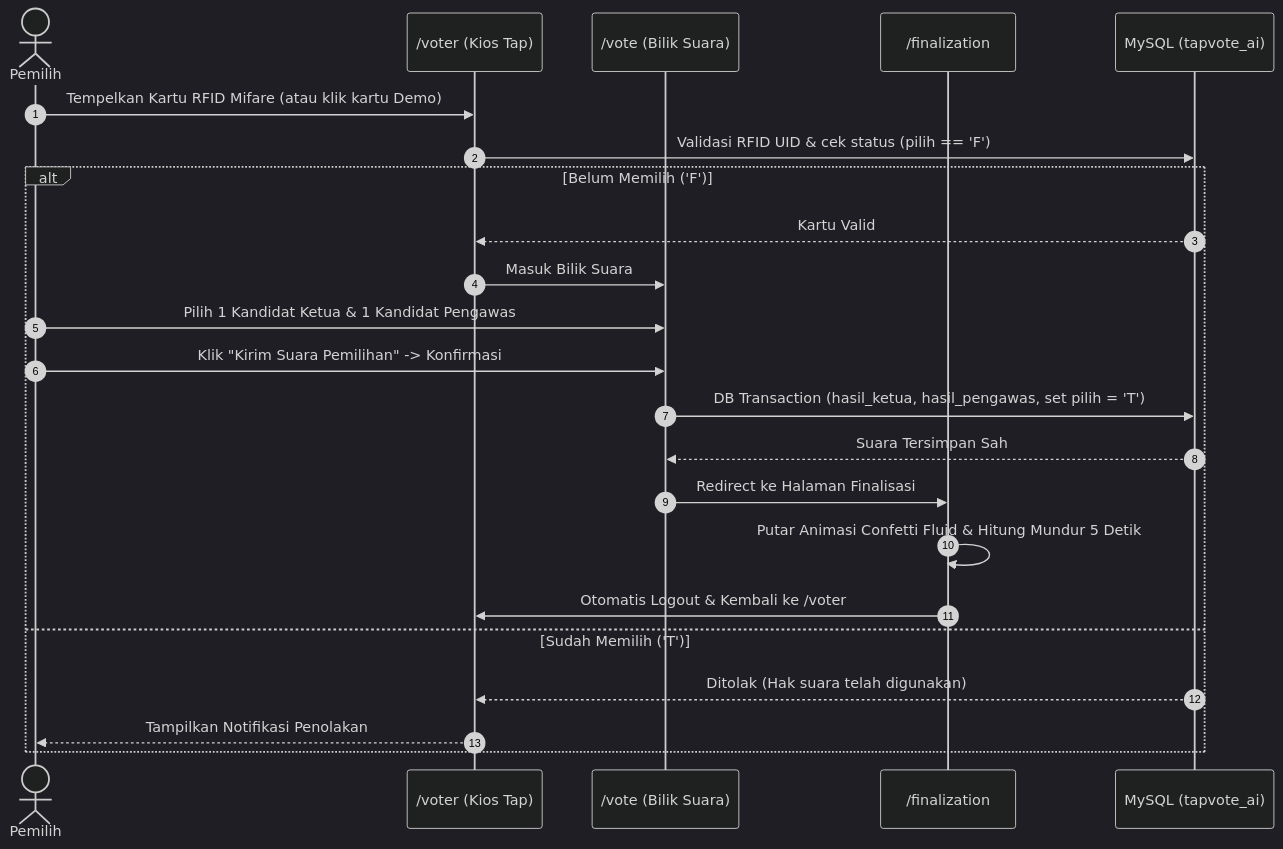
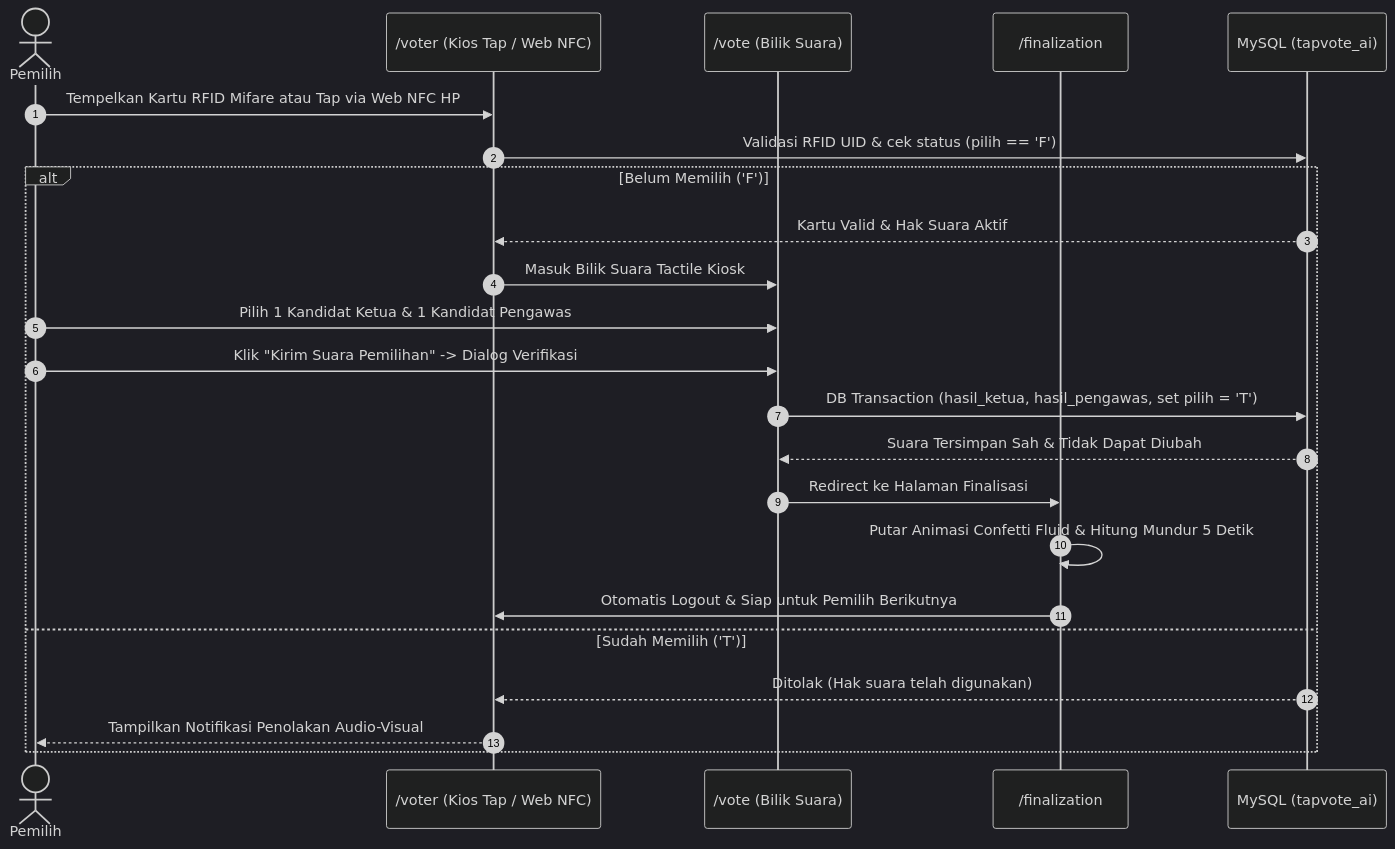
One commit to RifkyA911/TapVote-AI changed the diagram in DOCS_USER_GUIDE.md. Above: the diagram before and after it, drawn with Mermaid (dark theme). The commit also changed other lines of this file and 7 other files, not shown here.

````diff
--- a/DOCS_USER_GUIDE.md
+++ b/DOCS_USER_GUIDE.md
@@ -18,26 +21,26 @@
 ```mermaid
 sequenceDiagram
     autonumber
     actor V as Pemilih
-    participant K as /voter (Kios Tap)
+    participant K as /voter (Kios Tap / Web NFC)
     participant B as /vote (Bilik Suara)
     participant F as /finalization
     participant DB as MySQL (tapvote_ai)
 
-    V->>K: Tempelkan Kartu RFID Mifare (atau klik kartu Demo)
+    V->>K: Tempelkan Kartu RFID Mifare atau Tap via Web NFC HP
     K->>DB: Validasi RFID UID & cek status (pilih == 'F')
     alt Belum Memilih ('F')
-        DB-->>K: Kartu Valid
-        K->>B: Masuk Bilik Suara
+        DB-->>K: Kartu Valid & Hak Suara Aktif
+        K->>B: Masuk Bilik Suara Tactile Kiosk
         V->>B: Pilih 1 Kandidat Ketua & 1 Kandidat Pengawas
-        V->>B: Klik "Kirim Suara Pemilihan" -> Konfirmasi
+        V->>B: Klik "Kirim Suara Pemilihan" -> Dialog Verifikasi
         B->>DB: DB Transaction (hasil_ketua, hasil_pengawas, set pilih = 'T')
-        DB-->>B: Suara Tersimpan Sah
+        DB-->>B: Suara Tersimpan Sah & Tidak Dapat Diubah
         B->>F: Redirect ke Halaman Finalisasi
         F->>F: Putar Animasi Confetti Fluid & Hitung Mundur 5 Detik
-        F->>K: Otomatis Logout & Kembali ke /voter
+        F->>K: Otomatis Logout & Siap untuk Pemilih Berikutnya
     else Sudah Memilih ('T')
         DB-->>K: Ditolak (Hak suara telah digunakan)
-        K-->>V: Tampilkan Notifikasi Penolakan
+        K-->>V: Tampilkan Notifikasi Penolakan Audio-Visual
     end
 ```
````
